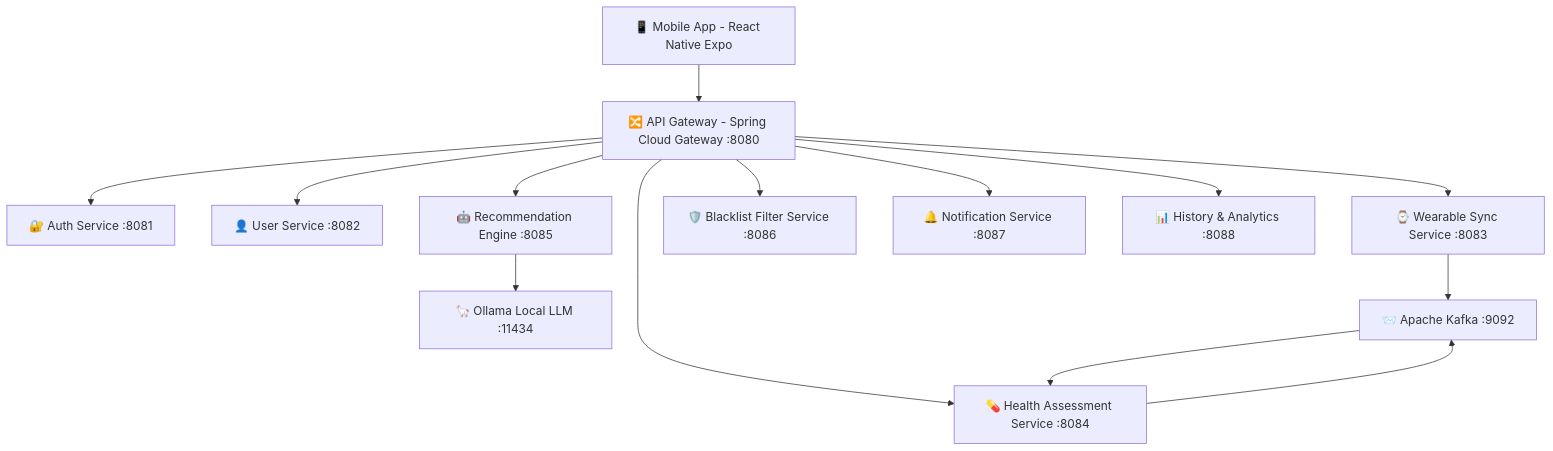
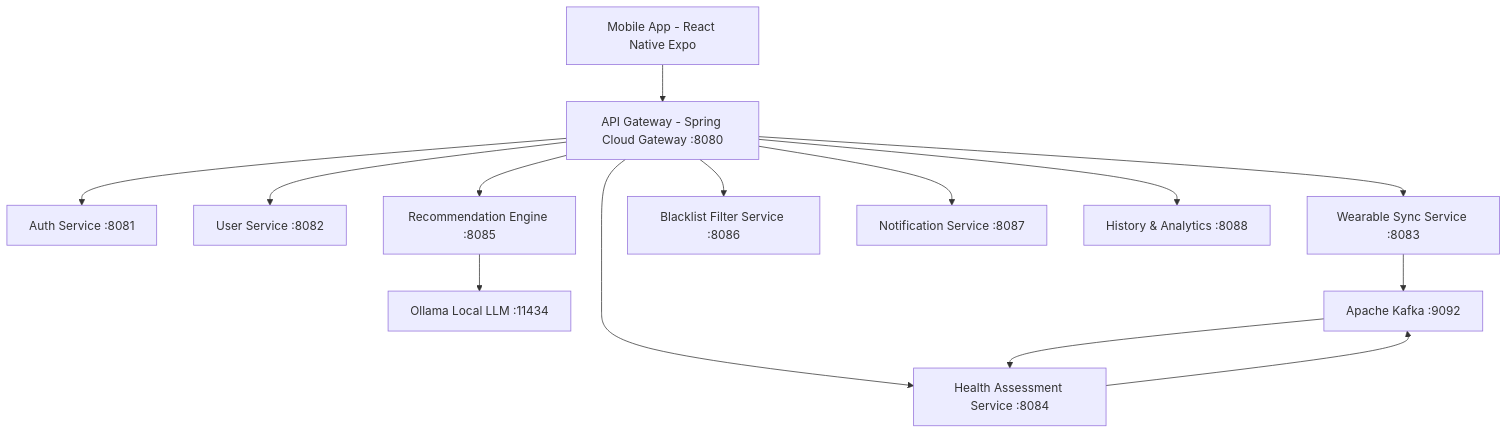
The diagram in README.md (DinhPhat1401/prj-mss), drawn with Mermaid before and after one commit. The commit also changed other lines of this file, not shown here.

````diff
--- a/README.md
+++ b/README.md
@@ -11,16 +37,16 @@
 ```mermaid
 graph TD
-    MA["📱 Mobile App - React Native Expo"] --> AG["🔀 API Gateway - Spring Cloud Gateway :8080"]
-    AG --> AUTH["🔐 Auth Service :8081"]
-    AG --> USER["👤 User Service :8082"]
-    AG --> WEAR["⌚ Wearable Sync Service :8083"]
-    AG --> HEALTH["💊 Health Assessment Service :8084"]
-    AG --> RECO["🤖 Recommendation Engine :8085"]
-    AG --> BL["🛡️ Blacklist Filter Service :8086"]
-    AG --> NOTIFY["🔔 Notification Service :8087"]
-    AG --> HIST["📊 History & Analytics :8088"]
-    RECO --> OLLAMA["🦙 Ollama Local LLM :11434"]
-    WEAR --> KAFKA["📨 Apache Kafka :9092"]
+    MA["Mobile App - React Native Expo"] --> AG["API Gateway - Spring Cloud Gateway :8080"]
+    AG --> AUTH["Auth Service :8081"]
+    AG --> USER["User Service :8082"]
+    AG --> WEAR["Wearable Sync Service :8083"]
+    AG --> HEALTH["Health Assessment Service :8084"]
+    AG --> RECO["Recommendation Engine :8085"]
+    AG --> BL["Blacklist Filter Service :8086"]
+    AG --> NOTIFY["Notification Service :8087"]
+    AG --> HIST["History & Analytics :8088"]
+    RECO --> OLLAMA["Ollama Local LLM :11434"]
+    WEAR --> KAFKA["Apache Kafka :9092"]
     KAFKA --> HEALTH
     HEALTH --> KAFKA
 ```
````
